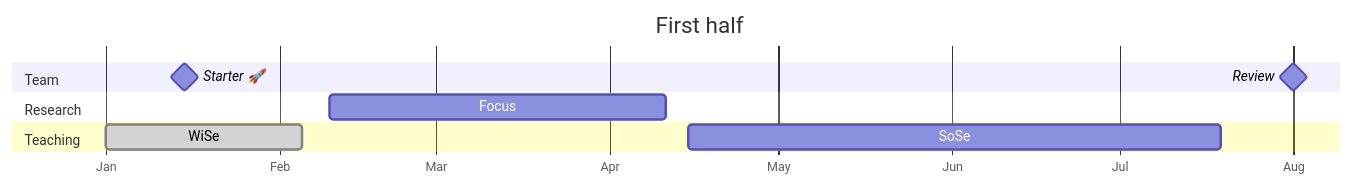
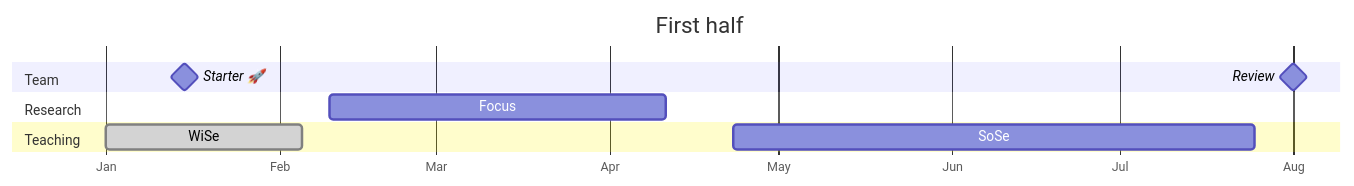
Before and after one commit to digital-work-lab/handbook: the first of 2 diagrams in docs/00.goals.md, drawn with Mermaid.

````diff
--- a/docs/00.goals.md
+++ b/docs/00.goals.md
@@ -70,21 +70,21 @@
 ```mermaid
 ---
 displayMode: compact
 ---
 gantt
     title First half
     dateFormat  YYYY-MM-DD
     todayMarker stroke-width:5px,stroke:red,opacity:0.8
     axisFormat %b
 
     section Team
     Starter 🚀  :milestone, {{ site.time | date: "%Y" }}-01-15, milestone
     Review   :milestone, {{ site.time | date: "%Y" }}-08-01, milestone
 
     section Research
     Focus           :a2, {{ site.time | date: "%Y" }}-02-10, 60d
 
     section Teaching
     WiSe           :done, {{ site.time | date: "%Y" }}-01-01, 35d
-    SoSe           :a1, {{ site.time | date: "%Y" }}-04-15, 95d
+    SoSe           :a1, {{ site.time | date: "%Y" }}-04-23, 93d
 ```
````
